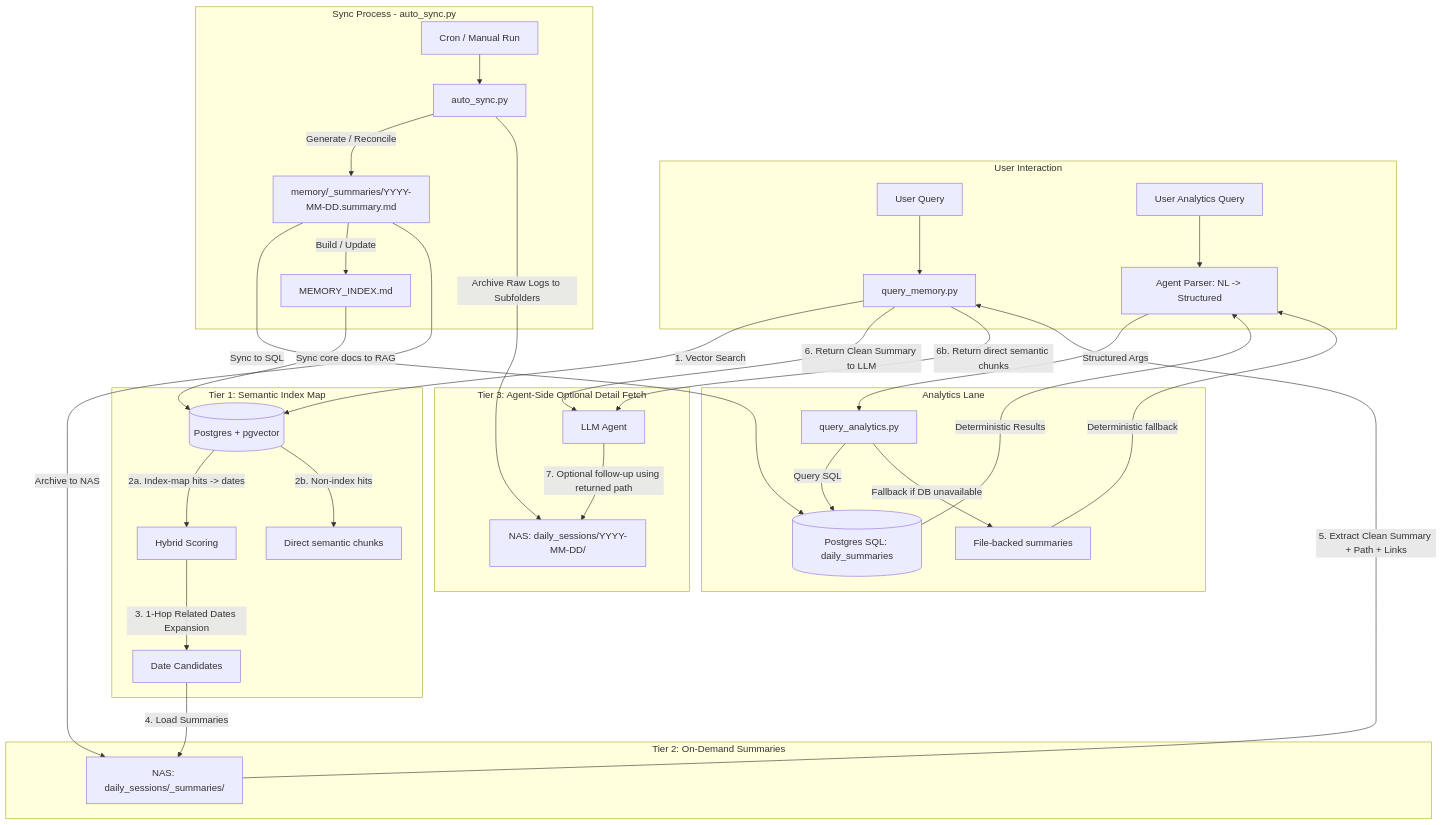
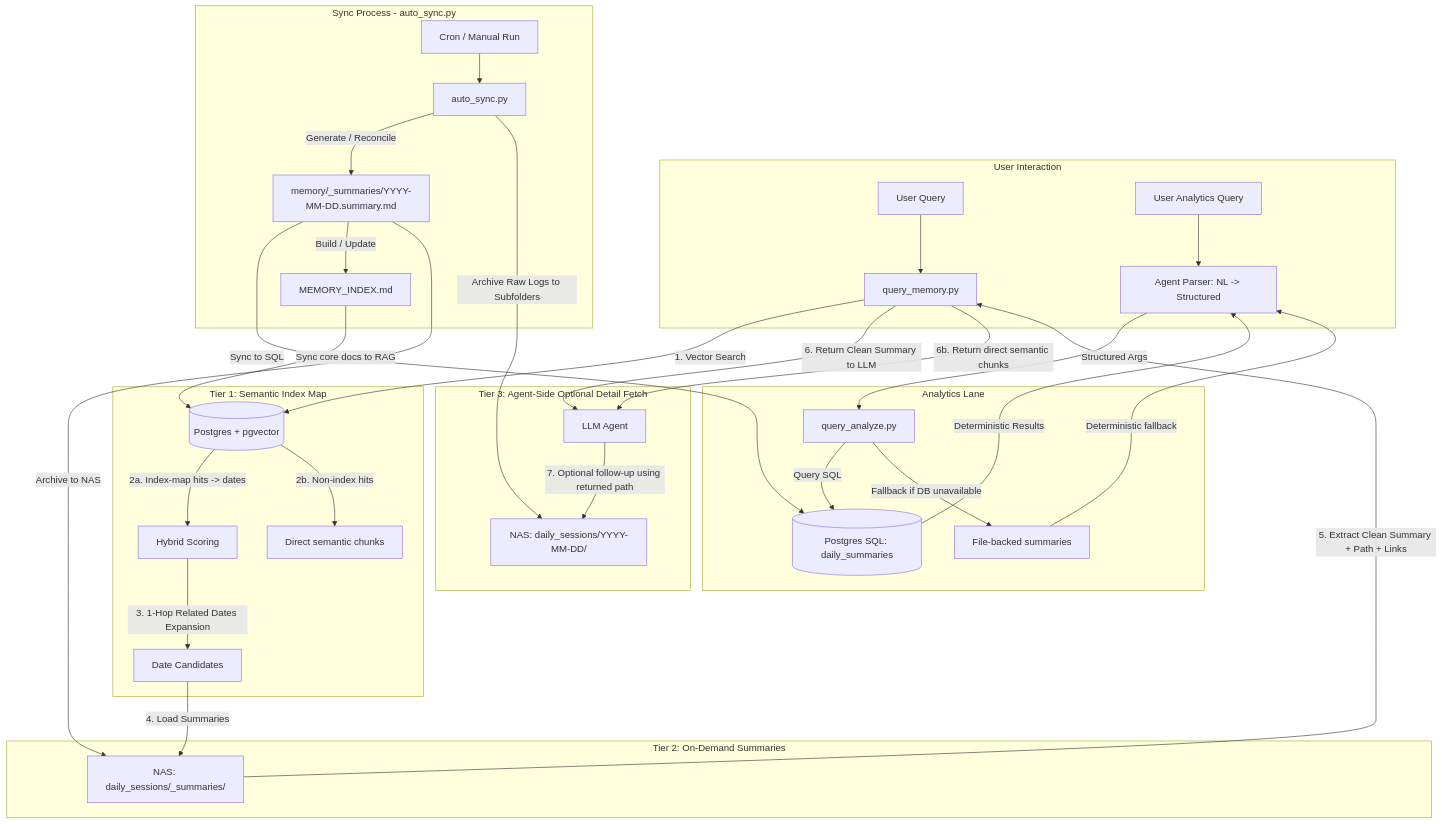
One commit to nouverse-tech/nouva-mcp-server changed the first of 5 diagrams in src/skills/memory_engine/ARCHITECTURE.md. Above: the diagram before and after it, drawn with Mermaid. The commit also changed other lines of this file and 6 other files, not shown here.

First line of the commit message:
Rename memory_analytics tool to memory_analyze

````diff
--- a/src/skills/memory_engine/ARCHITECTURE.md
+++ b/src/skills/memory_engine/ARCHITECTURE.md
@@ -53,43 +53,43 @@
 ```mermaid
 flowchart TD
  subgraph UserTurn [User Interaction]
  Q[User Query] --> QM[query_memory.py]
  QA_NL[User Analytics Query] --> AGENT[Agent Parser: NL -> Structured]
  end
 
  subgraph Tier1 [Tier 1: Semantic Index Map]
  QM --> |1. Vector Search| RAG[(Postgres + pgvector)]
   RAG --> |2a. Index-map hits -> dates| HS[Hybrid Scoring]
   RAG --> |2b. Non-index hits| RAG_CHUNKS[Direct semantic chunks]
  HS --> |3. 1-Hop Related Dates Expansion| EXP[Date Candidates]
  end
 
  subgraph Tier2 [Tier 2: On-Demand Summaries]
  EXP --> |4. Load Summaries| NAS_SUM[NAS: daily_sessions/_summaries/]
  NAS_SUM --> |5. Extract Clean Summary + Path + Links| QM
  end
 
  subgraph Tier3 [Tier 3: Agent-Side Optional Detail Fetch]
  QM --> |6. Return Clean Summary to LLM| LLM[LLM Agent]
   QM --> |6b. Return direct semantic chunks| LLM
  LLM --> |7. Optional follow-up using returned path| NAS_RAW[NAS: daily_sessions/YYYY-MM-DD/]
  end
 
  subgraph AnalyticsLane [Analytics Lane]
- AGENT --> |Structured Args| QA[query_analytics.py]
+ AGENT --> |Structured Args| QA[query_analyze.py]
  QA --> |Query SQL| SQL[(Postgres SQL: daily_summaries)]
   SQL --> |Deterministic Results| AGENT
   QA --> |Fallback if DB unavailable| FILES[File-backed summaries]
   FILES --> |Deterministic fallback| AGENT
  end
 
  subgraph SyncProcess [Sync Process - auto_sync.py]
  Cron[Cron / Manual Run] --> Sync[auto_sync.py]
  Sync --> |Generate / Reconcile| SumFiles[memory/_summaries/YYYY-MM-DD.summary.md]
  SumFiles --> |Sync to SQL| SQL
  SumFiles --> |Build / Update| INDEX[MEMORY_INDEX.md]
  INDEX --> |Sync core docs to RAG| RAG
  SumFiles --> |Archive to NAS| NAS_SUM
  Sync --> |Archive Raw Logs to Subfolders| NAS_RAW
  end
 ```
````
